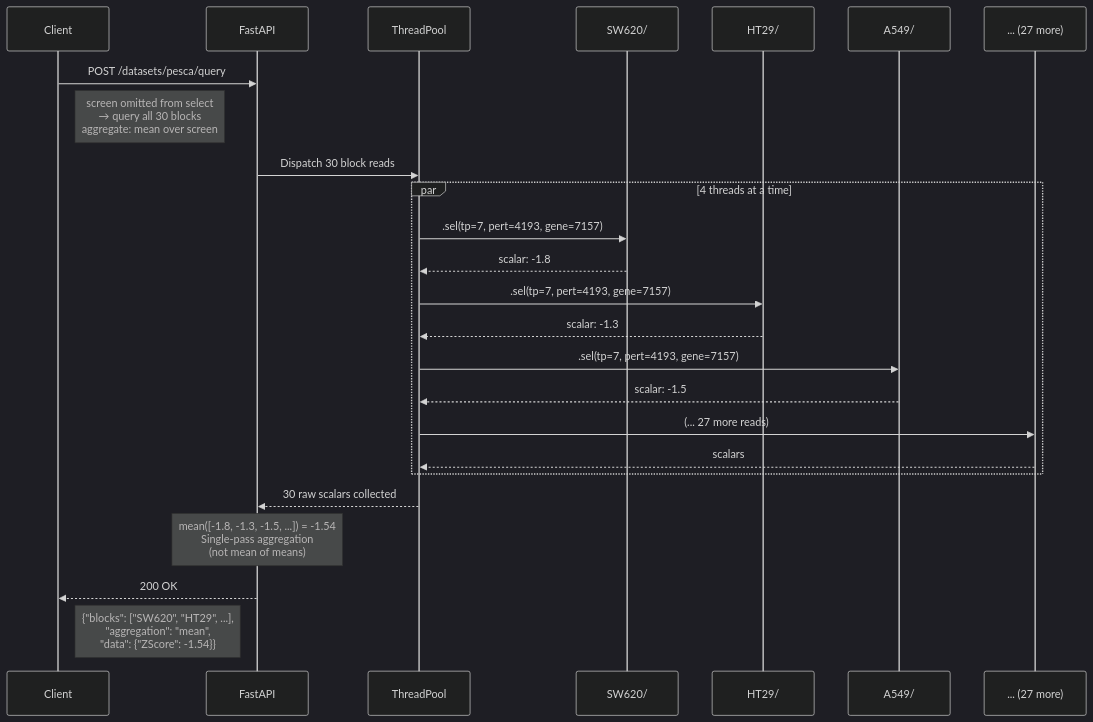
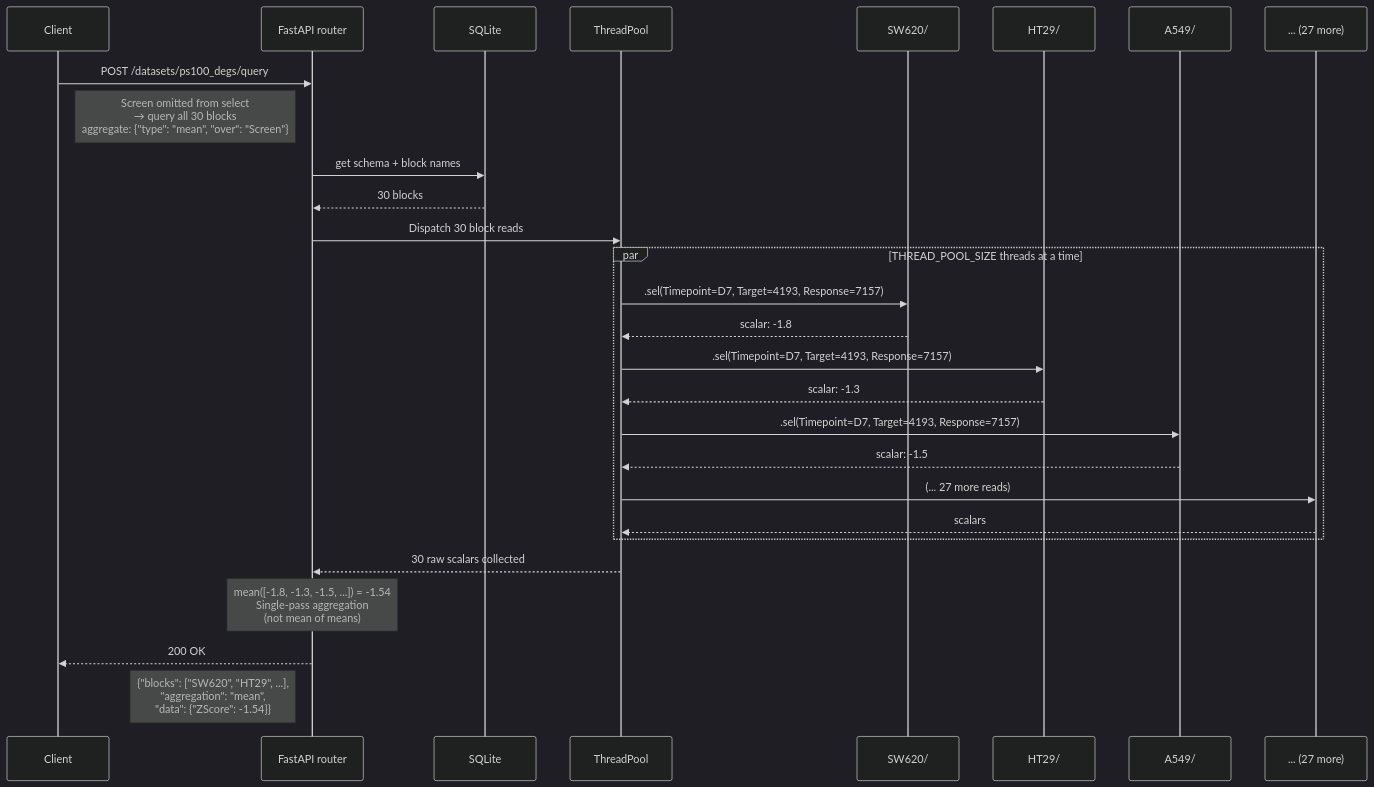
Before and after one commit to broadinstitute/cheesemonger: the third of 5 diagrams in docs/architecture_diagram.md, drawn with Mermaid (dark theme). The commit also changed other lines of this file and 26 other files, not shown here.

````diff
--- a/docs/architecture_diagram.md
+++ b/docs/architecture_diagram.md
@@ -131,33 +164,37 @@
 ```mermaid
 sequenceDiagram
     participant C as Client
-    participant A as FastAPI
+    participant A as FastAPI router
+    participant DB as SQLite
     participant TP as ThreadPool
     participant Z1 as SW620/
     participant Z2 as HT29/
     participant Z3 as A549/
     participant ZN as ... (27 more)
 
-    C->>A: POST /datasets/pesca/query
-    Note right of C: screen omitted from select<br/>→ query all 30 blocks<br/>aggregate: mean over screen
+    C->>A: POST /datasets/ps100_degs/query
+    Note right of C: Screen omitted from select<br/>→ query all 30 blocks<br/>aggregate: {"type": "mean", "over": "Screen"}
+
+    A->>DB: get schema + block names
+    DB-->>A: 30 blocks
 
     A->>TP: Dispatch 30 block reads
 
-    par 4 threads at a time
-        TP->>Z1: .sel(tp=7, pert=4193, gene=7157)
+    par THREAD_POOL_SIZE threads at a time
+        TP->>Z1: .sel(Timepoint=D7, Target=4193, Response=7157)
         Z1-->>TP: scalar: -1.8
-        TP->>Z2: .sel(tp=7, pert=4193, gene=7157)
+        TP->>Z2: .sel(Timepoint=D7, Target=4193, Response=7157)
         Z2-->>TP: scalar: -1.3
-        TP->>Z3: .sel(tp=7, pert=4193, gene=7157)
+        TP->>Z3: .sel(Timepoint=D7, Target=4193, Response=7157)
         Z3-->>TP: scalar: -1.5
         TP->>ZN: (... 27 more reads)
         ZN-->>TP: scalars
     end
 
     TP-->>A: 30 raw scalars collected
 
     Note over A: mean([-1.8, -1.3, -1.5, ...]) = -1.54<br/>Single-pass aggregation<br/>(not mean of means)
 
     A-->>C: 200 OK
     Note left of A: {"blocks": ["SW620", "HT29", ...],<br/>"aggregation": "mean",<br/>"data": {"ZScore": -1.54}}
 ```
````
